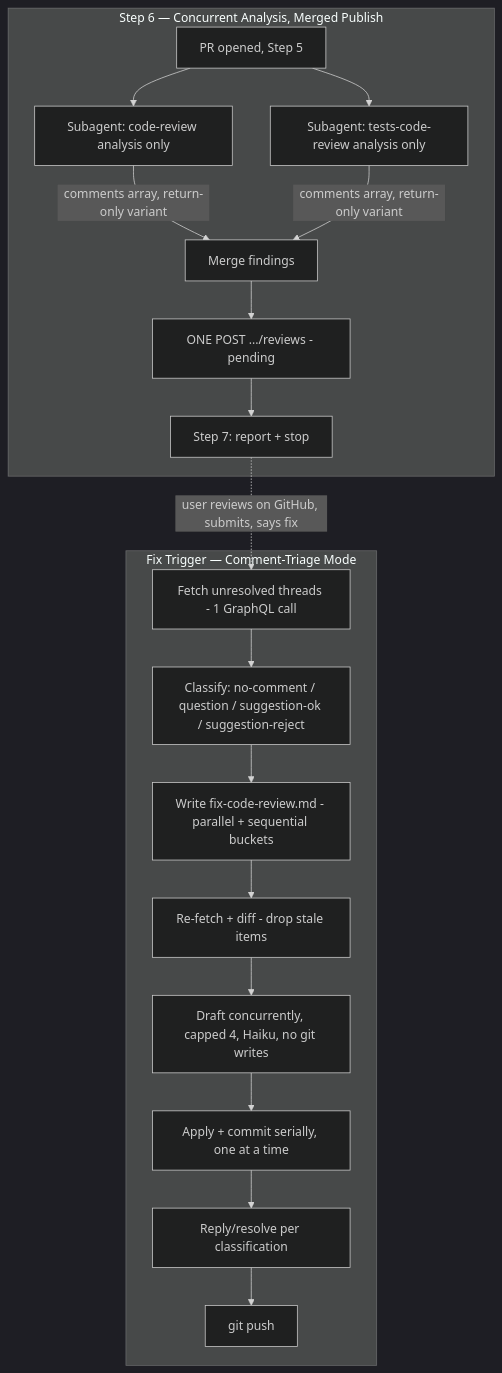
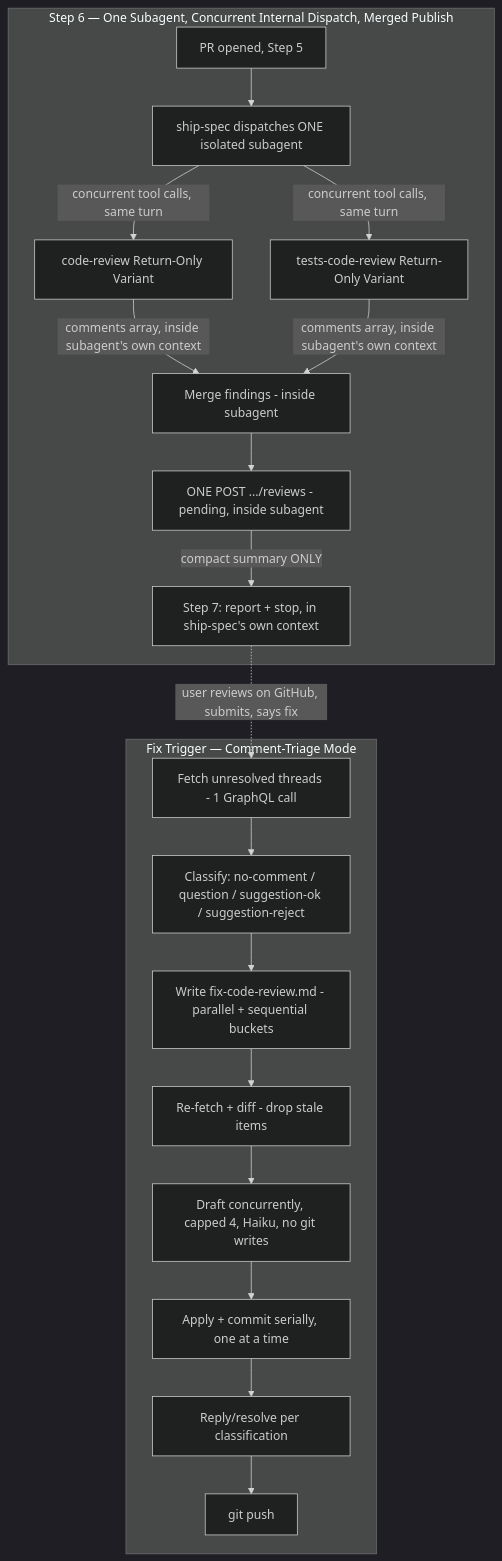
The diagram in .specs/features/ship-spec-review-fix-flow/design.md (flaviosv/ai-coding-tooling), drawn with Mermaid (dark theme) before and after one commit. The commit also changed other lines of this file and 3 other files, not shown here.

First line of the commit message:
feat(ship-spec): concurrent analysis with single merged pending review

````diff
--- a/.specs/features/ship-spec-review-fix-flow/design.md
+++ b/.specs/features/ship-spec-review-fix-flow/design.md
@@ -36,22 +36,23 @@
 ```mermaid
 graph TD
-    subgraph "Step 6 — Concurrent Analysis, Merged Publish"
-        A[PR opened, Step 5] --> B1[Subagent: code-review analysis only]
-        A --> B2[Subagent: tests-code-review analysis only]
-        B1 -->|comments array, return-only variant| M[Merge findings]
-        B2 -->|comments array, return-only variant| M
-        M --> P[ONE POST .../reviews - pending]
-        P --> S7[Step 7: report + stop]
+    subgraph "Step 6 — One Subagent, Concurrent Internal Dispatch, Merged Publish"
+        A[PR opened, Step 5] --> W[ship-spec dispatches ONE isolated subagent]
+        W -->|concurrent tool calls, same turn| B1[code-review Return-Only Variant]
+        W -->|concurrent tool calls, same turn| B2[tests-code-review Return-Only Variant]
+        B1 -->|comments array, inside subagent's own context| M[Merge findings - inside subagent]
+        B2 -->|comments array, inside subagent's own context| M
+        M --> P[ONE POST .../reviews - pending, inside subagent]
+        P -->|compact summary ONLY| S7[Step 7: report + stop, in ship-spec's own context]
     end
 
     subgraph "Fix Trigger — Comment-Triage Mode"
         S7 -.->|user reviews on GitHub, submits, says fix| F1[Fetch unresolved threads - 1 GraphQL call]
         F1 --> C1[Classify: no-comment / question / suggestion-ok / suggestion-reject]
         C1 --> PL[Write fix-code-review.md - parallel + sequential buckets]
         PL --> F2[Re-fetch + diff - drop stale items]
         F2 --> D1[Draft concurrently, capped 4, Haiku, no git writes]
         D1 --> CM[Apply + commit serially, one at a time]
         CM --> RR[Reply/resolve per classification]
         RR --> PUSH[git push]
     end
 ```
````
